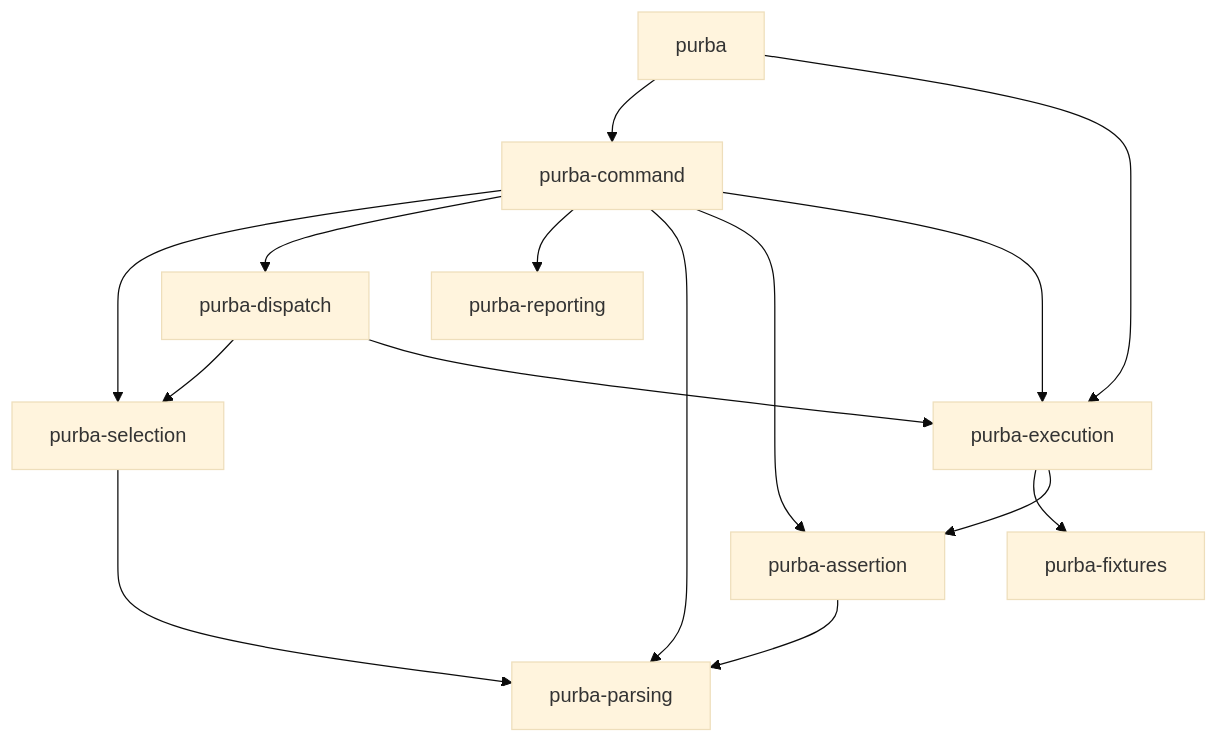
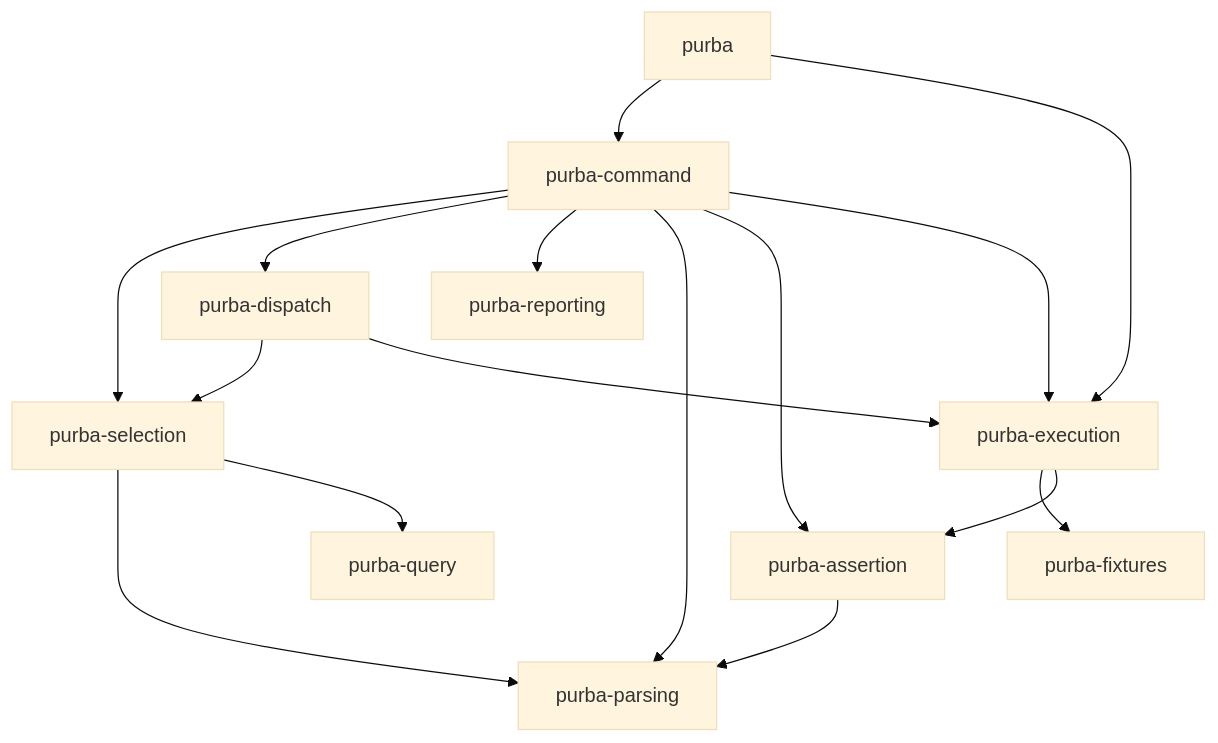
Before and after one commit to kalonji-tools/purba: the diagram in docs/decisions/each-part-is-a-crate.md, drawn with Mermaid (base theme). The commit also changed 21 other files, not shown here.

First line of the commit message:
feat(selection): name the tests of a run with one query (#1254)

````diff
--- a/docs/decisions/each-part-is-a-crate.md
+++ b/docs/decisions/each-part-is-a-crate.md
@@ -48,17 +48,18 @@
 ```mermaid
 flowchart TD
   purba --> purba-command
   purba --> purba-execution
   purba-command --> purba-selection
   purba-command --> purba-dispatch
   purba-command --> purba-reporting
   purba-command --> purba-parsing
   purba-command --> purba-assertion
   purba-command --> purba-execution
   purba-selection --> purba-parsing
+  purba-selection --> purba-query
   purba-assertion --> purba-parsing
   purba-dispatch --> purba-selection
   purba-dispatch --> purba-execution
   purba-execution --> purba-fixtures
   purba-execution --> purba-assertion
 ```
````
